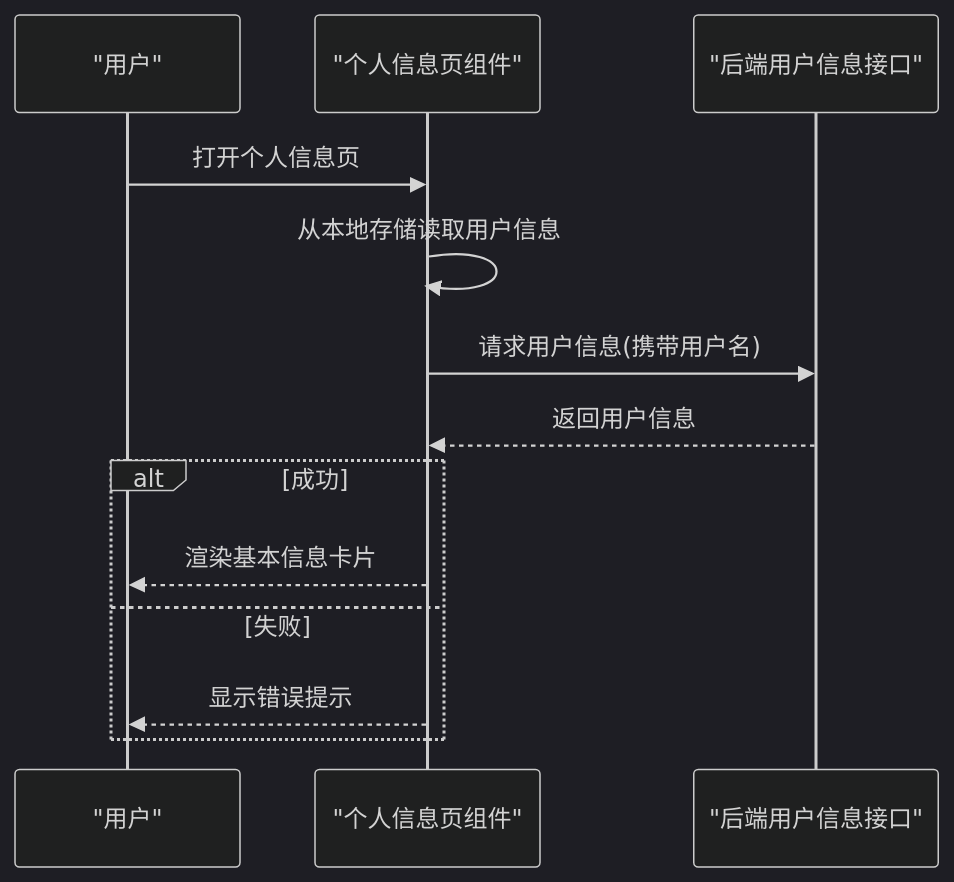
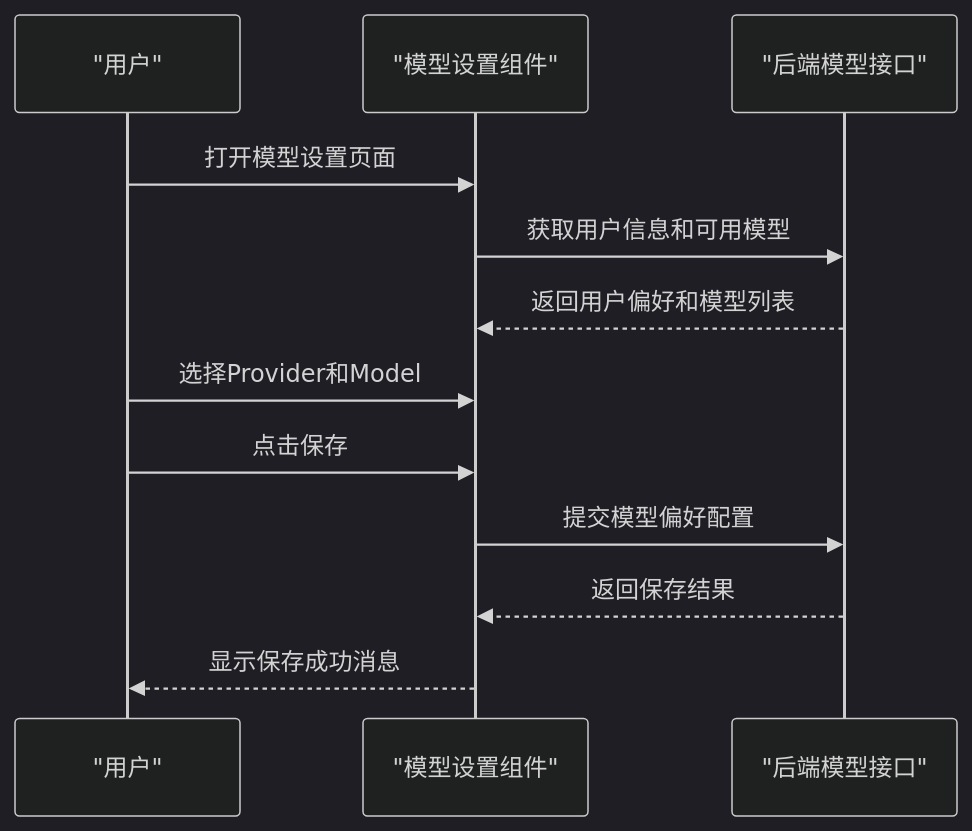
Before and after one commit to ghbbn053-ship-itsoulddog/soulddog: the eighth of 12 diagrams in .qoder/repowiki/zh/content/前端应用文档/前端应用文档.md, drawn with Mermaid (dark theme). The commit also changed other lines of this file and 119 other files, not shown here.

````diff
--- a/.qoder/repowiki/zh/content/前端应用文档/前端应用文档.md
+++ b/.qoder/repowiki/zh/content/前端应用文档/前端应用文档.md
@@ -250,15 +373,14 @@
 ```mermaid
 sequenceDiagram
 participant U as "用户"
-participant P as "个人信息页组件"
-participant API as "后端用户信息接口"
-U->>P : 打开个人信息页
-P->>P : 从本地存储读取用户信息
-P->>API : 请求用户信息(携带用户名)
-API-->>P : 返回用户信息
-alt 成功
-P-->>U : 渲染基本信息卡片
-else 失败
-P-->>U : 显示错误提示
-end
+participant M as "模型设置组件"
+participant API as "后端模型接口"
+U->>M : 打开模型设置页面
+M->>API : 获取用户信息和可用模型
+API-->>M : 返回用户偏好和模型列表
+U->>M : 选择Provider和Model
+U->>M : 点击保存
+M->>API : 提交模型偏好配置
+API-->>M : 返回保存结果
+M-->>U : 显示保存成功消息
 ```
````
